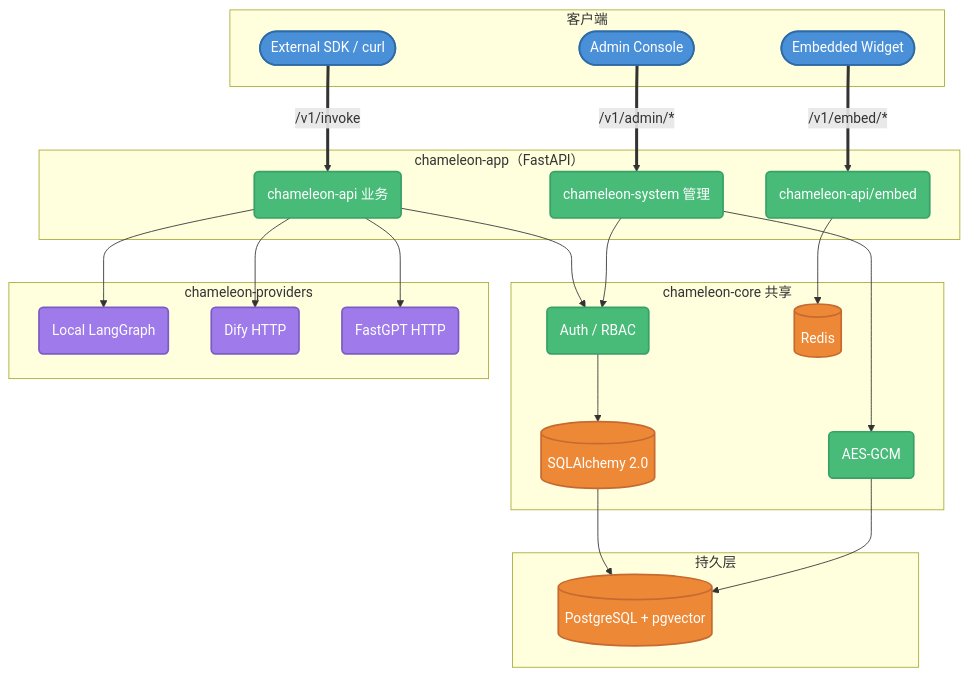
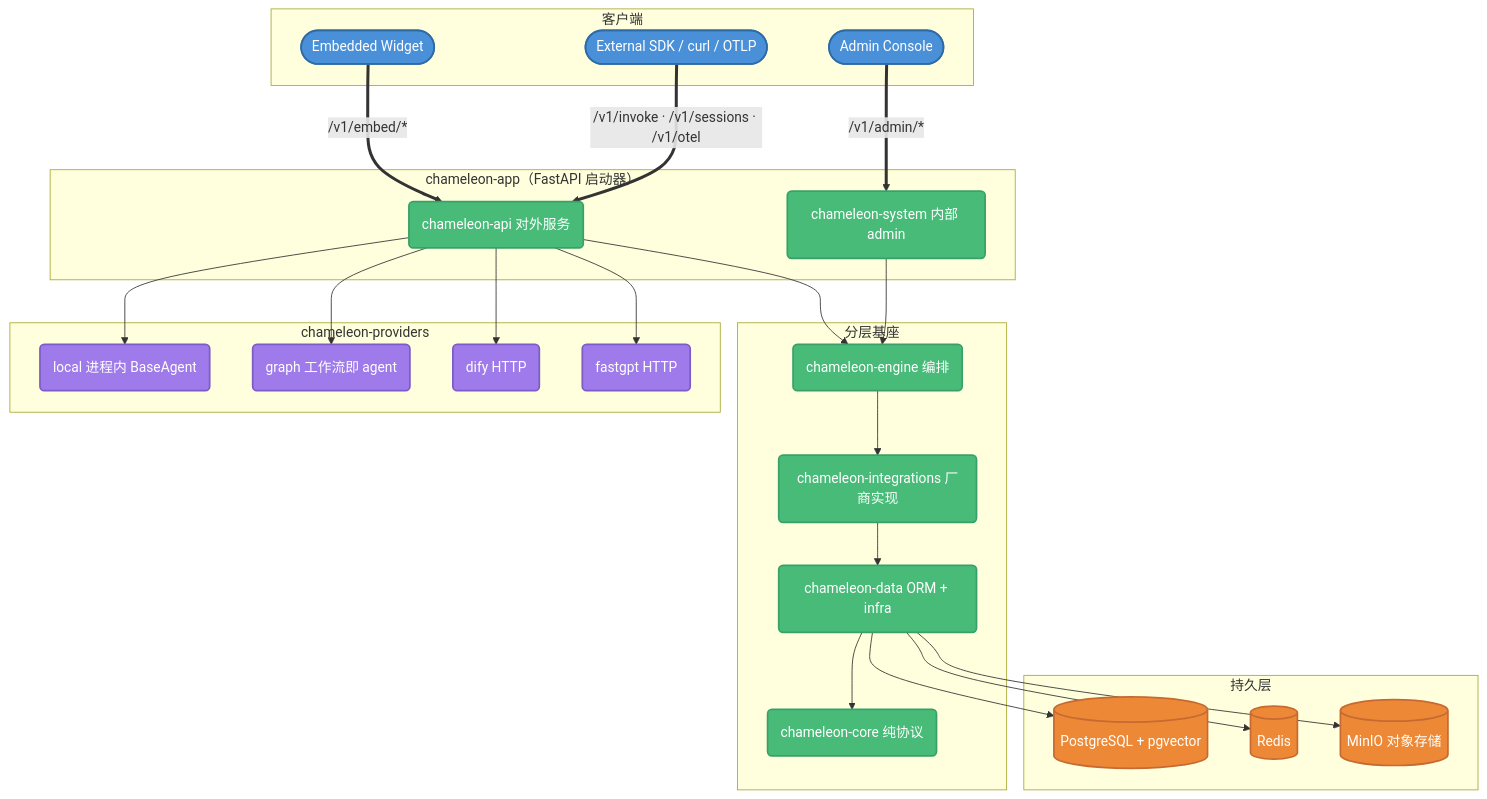
The first of 2 diagrams in docs/zh/architecture.md (garveyhu/Chameleon), drawn with Mermaid before and after one commit. The commit also changed other lines of this file and 53 other files, not shown here.

````diff
--- a/docs/zh/architecture.md
+++ b/docs/zh/architecture.md
@@ -5,49 +7,52 @@
 ```mermaid
 graph TB
     classDef edge fill:#4A90D9,stroke:#2E6BA6,stroke-width:2px,color:#fff
     classDef be fill:#48BB78,stroke:#38A169,stroke-width:2px,color:#fff
     classDef store fill:#ED8936,stroke:#C66A32,stroke-width:2px,color:#fff
     classDef provider fill:#9F7AEA,stroke:#7C5CC4,stroke-width:2px,color:#fff
 
     subgraph Edge["客户端"]
         UI([Admin Console]):::edge
         Widget([Embedded Widget]):::edge
-        SDK([External SDK / curl]):::edge
+        SDK([External SDK / curl / OTLP]):::edge
     end
 
-    subgraph App["chameleon-app（FastAPI）"]
-        API(chameleon-api 业务):::be
-        SYS(chameleon-system 管理):::be
-        EMBED(chameleon-api/embed):::be
+    subgraph App["chameleon-app（FastAPI 启动器）"]
+        API(chameleon-api 对外服务):::be
+        SYS(chameleon-system 内部 admin):::be
     end
 
-    subgraph Core["chameleon-core 共享"]
-        Auth(Auth / RBAC):::be
-        DB[(SQLAlchemy 2.0)]:::store
-        Redis[(Redis)]:::store
-        Crypto(AES-GCM):::be
+    subgraph Layers["分层基座"]
+        ENG(chameleon-engine 编排):::be
+        INT(chameleon-integrations 厂商实现):::be
+        DATA(chameleon-data ORM + infra):::be
+        CORE(chameleon-core 纯协议):::be
     end
 
     subgraph Providers["chameleon-providers"]
-        Local(Local LangGraph):::provider
-        Dify(Dify HTTP):::provider
-        FastGPT(FastGPT HTTP):::provider
+        Local(local 进程内 BaseAgent):::provider
+        Graph(graph 工作流即 agent):::provider
+        Dify(dify HTTP):::provider
+        FastGPT(fastgpt HTTP):::provider
     end
 
     subgraph DataLayer["持久层"]
         PG[(PostgreSQL + pgvector)]:::store
+        Redis[(Redis)]:::store
+        MinIO[(MinIO 对象存储)]:::store
     end
 
     UI ==>|/v1/admin/*| SYS
-    Widget ==>|/v1/embed/*| EMBED
-    SDK ==>|/v1/invoke| API
+    Widget ==>|/v1/embed/*| API
+    SDK ==>|/v1/invoke · /v1/sessions · /v1/otel| API
 
-    API --> Auth --> DB --> PG
-    SYS --> Auth
-    EMBED --> Redis
-
+    API --> ENG --> INT --> DATA --> CORE
+    SYS --> ENG
     API --> Local
+    API --> Graph
     API --> Dify
     API --> FastGPT
-    SYS --> Crypto --> PG
+    DATA --> PG
+    DATA --> Redis
+    DATA --> MinIO
 ```
````
